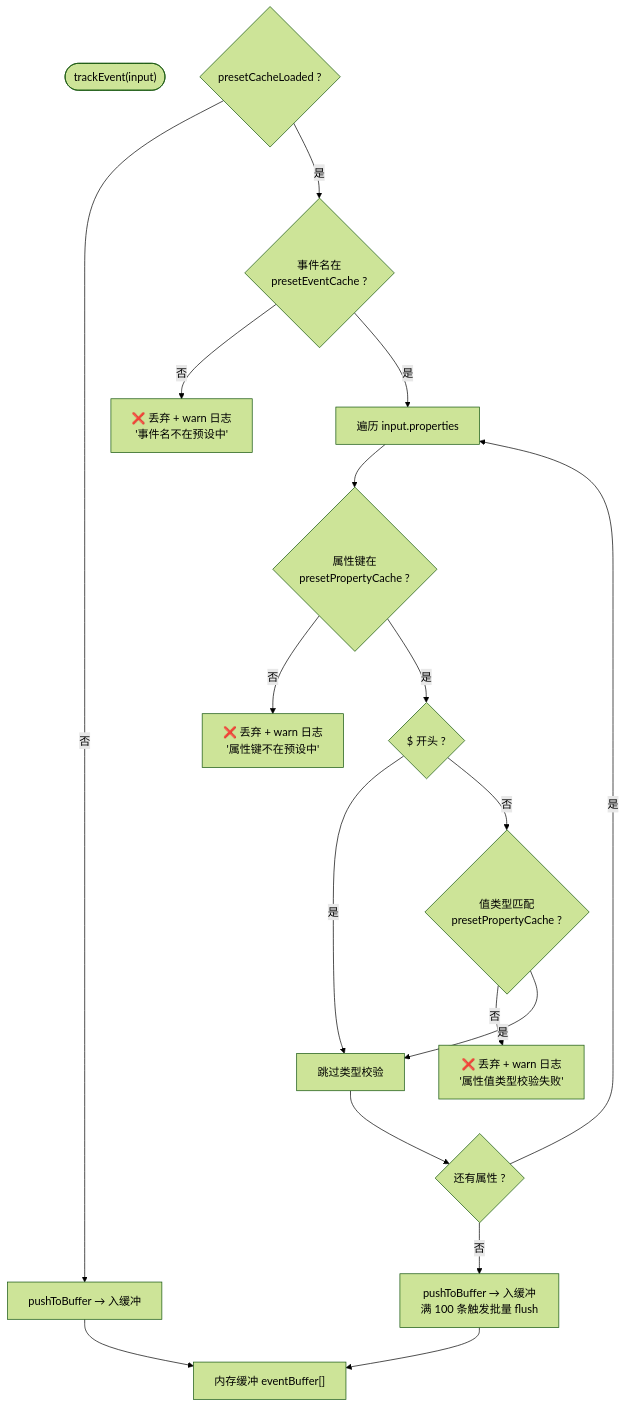
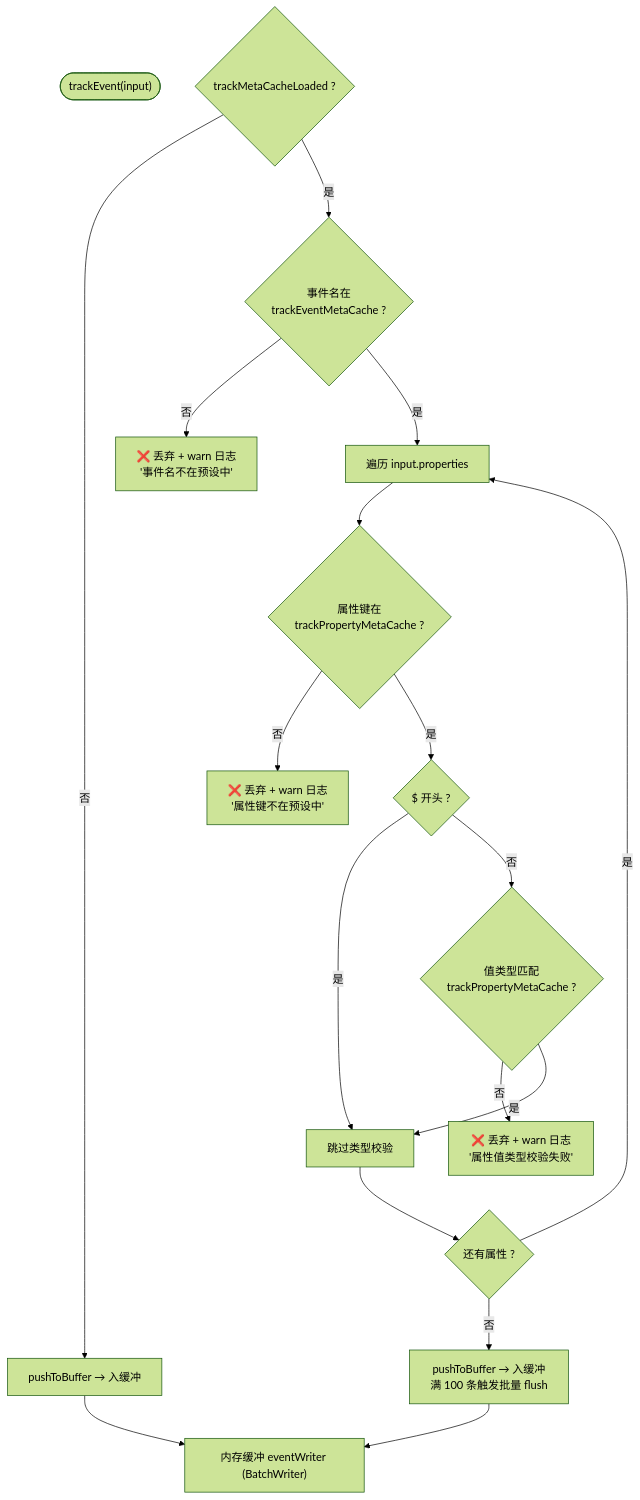
The diagram in docs/event-tracking.md (easyx-dev/fsdx), drawn with Mermaid (forest theme) before and after one commit. The commit also changed other lines of this file and 11 other files, not shown here.

````diff
--- a/docs/event-tracking.md
+++ b/docs/event-tracking.md
@@ -80,22 +80,22 @@
 ```mermaid
 flowchart TD
     Input(["trackEvent(input)"])
-    CacheReady{"presetCacheLoaded ?"}
+    CacheReady{"trackMetaCacheLoaded ?"}
     CacheReady -->|否| PushToBuffer1["pushToBuffer → 入缓冲"]
-    CacheReady -->|是| CheckEvent{"事件名在<br/>presetEventCache ?"}
+    CacheReady -->|是| CheckEvent{"事件名在<br/>trackEventMetaCache ?"}
     CheckEvent -->|否| Drop1["❌ 丢弃 + warn 日志<br/>'事件名不在预设中'"]
     CheckEvent -->|是| LoopProps["遍历 input.properties"]
-    LoopProps --> CheckKey{"属性键在<br/>presetPropertyCache ?"}
+    LoopProps --> CheckKey{"属性键在<br/>trackPropertyMetaCache ?"}
     CheckKey -->|否| Drop2["❌ 丢弃 + warn 日志<br/>'属性键不在预设中'"]
     CheckKey -->|是| IsSysProp{"$ 开头 ?"}
     IsSysProp -->|是| NextProp["跳过类型校验"]
-    IsSysProp -->|否| CheckType{"值类型匹配<br/>presetPropertyCache ?"}
+    IsSysProp -->|否| CheckType{"值类型匹配<br/>trackPropertyMetaCache ?"}
     CheckType -->|否| Drop3["❌ 丢弃 + warn 日志<br/>'属性值类型校验失败'"]
     CheckType -->|是| NextProp
     NextProp --> MoreProps{"还有属性 ?"}
     MoreProps -->|是| LoopProps
     MoreProps -->|否| PushToBuffer2["pushToBuffer → 入缓冲<br/>满 100 条触发批量 flush"]
     PushToBuffer1 --> Buffer
     PushToBuffer2 --> Buffer
-    Buffer["内存缓冲 eventBuffer[]"]
+    Buffer["内存缓冲 eventWriter (BatchWriter)"]
 ```
````
